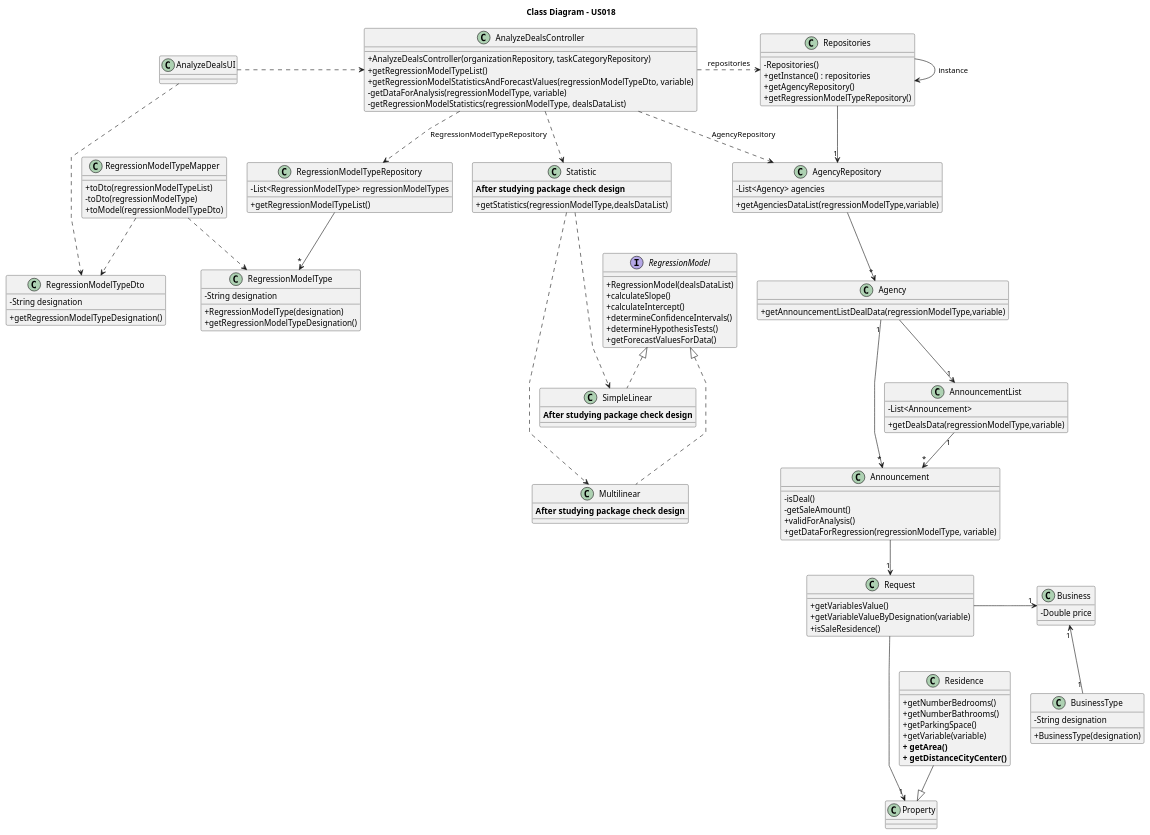
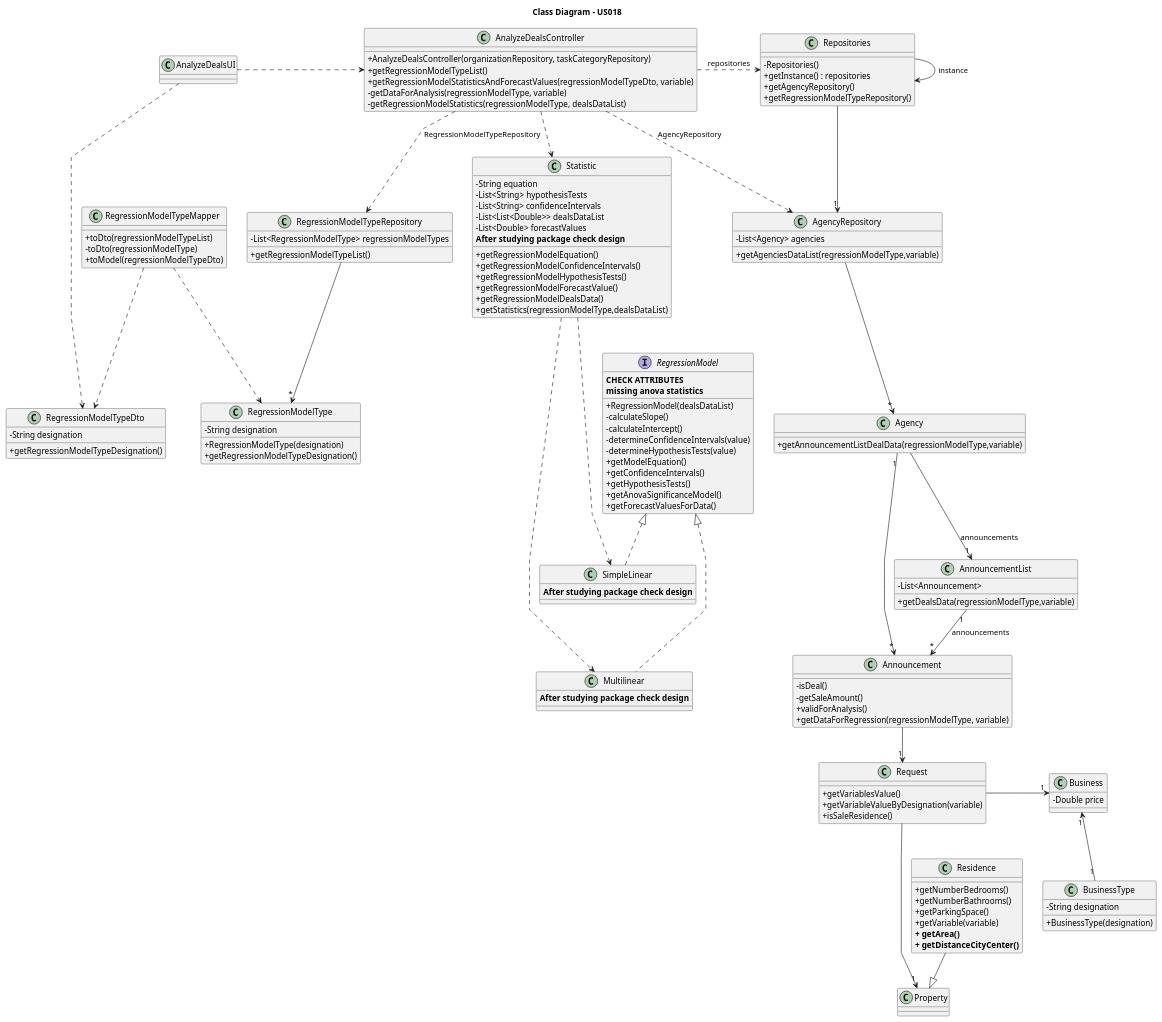
The diagram in docs/sprintD/us018/03.design/puml/us018-class-diagram.puml (rita-barbosa/LAPR2-2223), drawn with PlantUML before and after one commit. The commit also changed 1 other file, not shown here.

Commit message:
Update class diagram [US018][Design][#05 Task]

```diff
--- a/docs/sprintD/us018/03.design/puml/us018-class-diagram.puml
+++ b/docs/sprintD/us018/03.design/puml/us018-class-diagram.puml
@@ -1,157 +1,173 @@
 @startuml
 'skinparam monochrome true
 skinparam packageStyle rectangle
 skinparam shadowing false
 skinparam linetype polyline
 'skinparam linetype orto
 
 skinparam classAttributeIconSize 0
 
 'left to right direction
 
 
 title Class Diagram - US018
 
 
 class Agency {
     + getAnnouncementListDealData(regressionModelType,variable)
 }
 
 class AnnouncementList {
     - List<Announcement>
     + getDealsData(regressionModelType,variable)
 }
 
 class Announcement {
  - isDeal()
  - getSaleAmount()
  + validForAnalysis()
  + getDataForRegression(regressionModelType, variable)
 
 }
 
 class Request {
  + getVariablesValue()
  + getVariableValueByDesignation(variable)
  + isSaleResidence()
 }
 
 class Residence {
  + getNumberBedrooms()
  + getNumberBathrooms()
  + getParkingSpace()
  + getVariable(variable)
  **+ getArea()**
  **+ getDistanceCityCenter()**
 }
 
 
 class AgencyRepository {
     - List<Agency> agencies
     + getAgenciesDataList(regressionModelType,variable)
 }
 class RegressionModelTypeRepository {
 -List<RegressionModelType> regressionModelTypes
     + getRegressionModelTypeList()
 }
 
 class RegressionModelType {
 - String designation
 + RegressionModelType(designation)
  + getRegressionModelTypeDesignation()
 }
 
 class RegressionModelTypeMapper {
  + toDto(regressionModelTypeList)
  - toDto(regressionModelType)
  + toModel(regressionModelTypeDto)
 }
 
 class RegressionModelTypeDto {
 - String designation
 + getRegressionModelTypeDesignation()
 }
 
 class Statistic {
-**After studying package check design**
+- String equation
+- List<String> hypothesisTests
+- List<String> confidenceIntervals
+- List<List<Double>> dealsDataList
+- List<Double> forecastValues
+ + getRegressionModelEquation()
+ + getRegressionModelConfidenceIntervals()
+ + getRegressionModelHypothesisTests()
+ + getRegressionModelForecastValue()
+ + getRegressionModelDealsData()
  + getStatistics(regressionModelType,dealsDataList)
+ **After studying package check design**
 }
 
 class Business
 {
     - Double price
 }
 class BusinessType
 {
 - String designation
 + BusinessType(designation)
 }
 
 class Repositories {
     - Repositories()
     + getInstance() : repositories
     + getAgencyRepository()
     + getRegressionModelTypeRepository()
 }
 
 class AnalyzeDealsController {
     + AnalyzeDealsController(organizationRepository, taskCategoryRepository)
     + getRegressionModelTypeList()
     + getRegressionModelStatisticsAndForecastValues(regressionModelTypeDto, variable)
     - getDataForAnalysis(regressionModelType, variable)
     - getRegressionModelStatistics(regressionModelType, dealsDataList)
 }
 
 
 class AnalyzeDealsUI{
 }
 
 class SimpleLinear implements RegressionModel {
 **After studying package check design**
 }
 class Multilinear implements RegressionModel {
 **After studying package check design**
 }
 interface RegressionModel {
+**CHECK ATTRIBUTES**
  + RegressionModel(dealsDataList)
- + calculateSlope()
- + calculateIntercept()
- + determineConfidenceIntervals()
- + determineHypothesisTests()
+ - calculateSlope()
+ - calculateIntercept()
+ - determineConfidenceIntervals(value)
+ - determineHypothesisTests(value)
+ **missing anova statistics**
+ + getModelEquation()
+ + getConfidenceIntervals()
+ + getHypothesisTests()
+ + getAnovaSignificanceModel()
  + getForecastValuesForData()
 }
 
 
 
 Repositories -> Repositories : instance
 
 AnalyzeDealsUI .> AnalyzeDealsController
 AnalyzeDealsUI .--> RegressionModelTypeDto
 
 RegressionModelTypeMapper .> RegressionModelTypeDto
 RegressionModelTypeMapper .-> RegressionModelType
 
 AnalyzeDealsController .> Repositories : repositories
 
 Repositories --> "1" AgencyRepository
 
 AnalyzeDealsController ..> AgencyRepository : AgencyRepository
 AnalyzeDealsController ..> RegressionModelTypeRepository : RegressionModelTypeRepository
 AnalyzeDealsController ..> Statistic
 Statistic .--> SimpleLinear
 Statistic .---> Multilinear
 
 RegressionModelTypeRepository --> "*" RegressionModelType
 
 AgencyRepository --> "*" Agency
 
-AnnouncementList "1" --> "*" Announcement
+AnnouncementList "1" --> "*" Announcement : announcements
 Announcement --> "1" Request
 Request  ---> "1" Property
     Request -> "1" Business
     Business "1" <-- "1" BusinessType
 Residence --|> Property
 Agency "1" --> "*" Announcement
-Agency  --> "1" AnnouncementList
+Agency  --> "1" AnnouncementList : announcements
 
 @enduml
```
